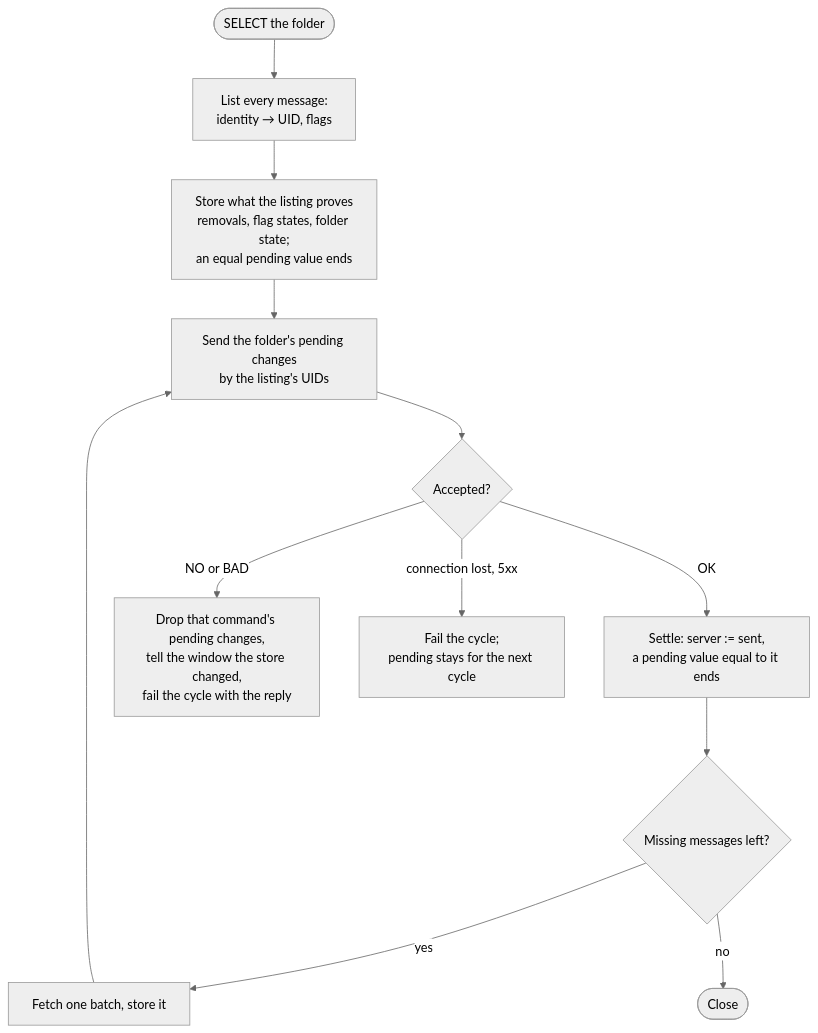
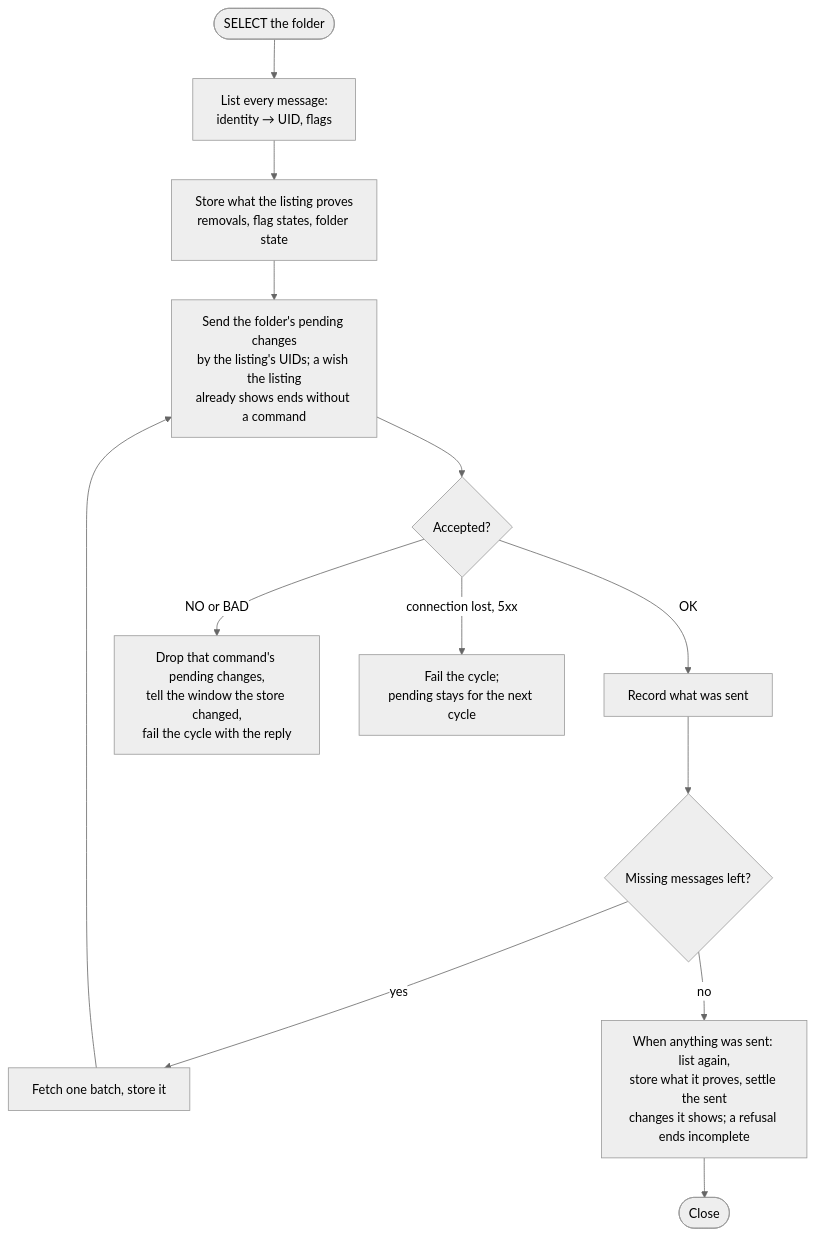
The second of 2 diagrams in specs/011-read-and-star/plan.md (mitinand/gnome-mailbag), drawn with Mermaid (neutral theme) before and after one commit. The commit also changed other lines of this file and 7 other files, not shown here.

````diff
--- a/specs/011-read-and-star/plan.md
+++ b/specs/011-read-and-star/plan.md
@@ -105,14 +109,15 @@
 ```mermaid
 flowchart TD
     open([SELECT the folder]) --> list[List every message:<br/>identity → UID, flags]
-    list --> storelist[Store what the listing proves<br/>removals, flag states, folder state;<br/>an equal pending value ends]
-    storelist --> send[Send the folder's pending changes<br/>by the listing's UIDs]
+    list --> storelist[Store what the listing proves<br/>removals, flag states, folder state]
+    storelist --> send[Send the folder's pending changes<br/>by the listing's UIDs; a wish the listing<br/>already shows ends without a command]
     send --> ok{Accepted?}
-    ok -->|OK| settle[Settle: server := sent,<br/>a pending value equal to it ends]
+    ok -->|OK| settle[Record what was sent]
     ok -->|NO or BAD| drop[Drop that command's pending changes,<br/>tell the window the store changed,<br/>fail the cycle with the reply]
     ok -->|connection lost, 5xx| lost[Fail the cycle;<br/>pending stays for the next cycle]
     settle --> more{Missing messages left?}
     more -->|yes| batch[Fetch one batch, store it]
     batch --> send
-    more -->|no| done([Close])
+    more -->|no| relist[When anything was sent: list again,<br/>store what it proves, settle the sent<br/>changes it shows; a refusal ends incomplete]
+    relist --> done([Close])
 ```
````
